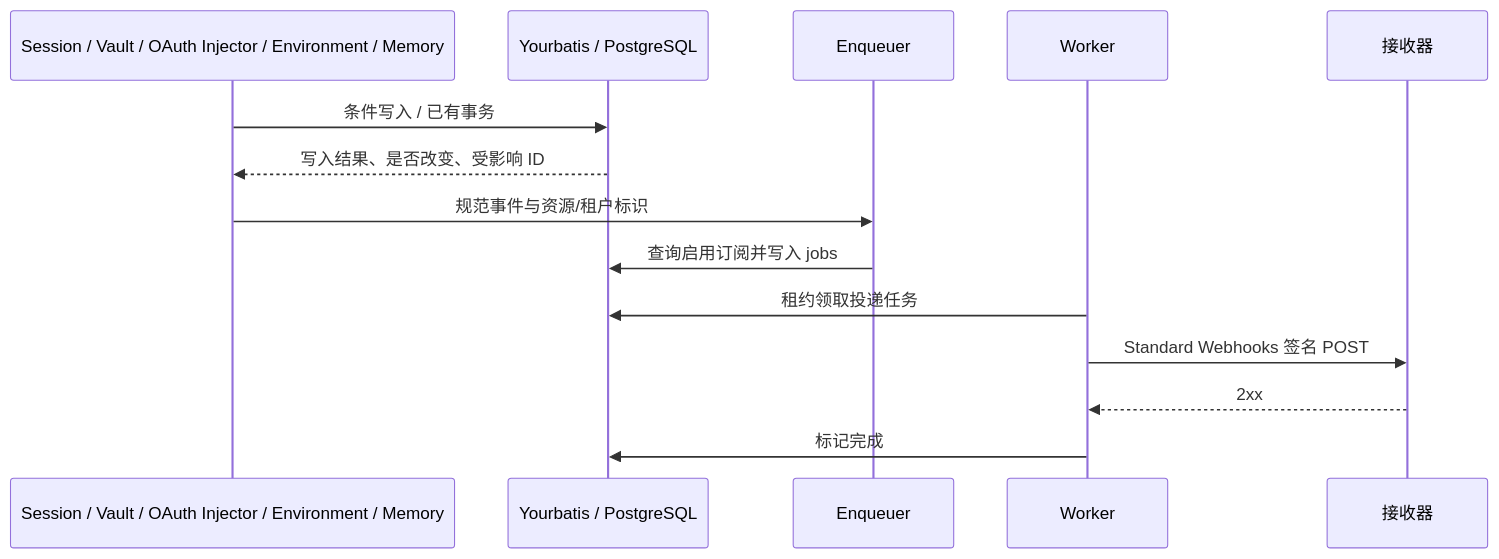
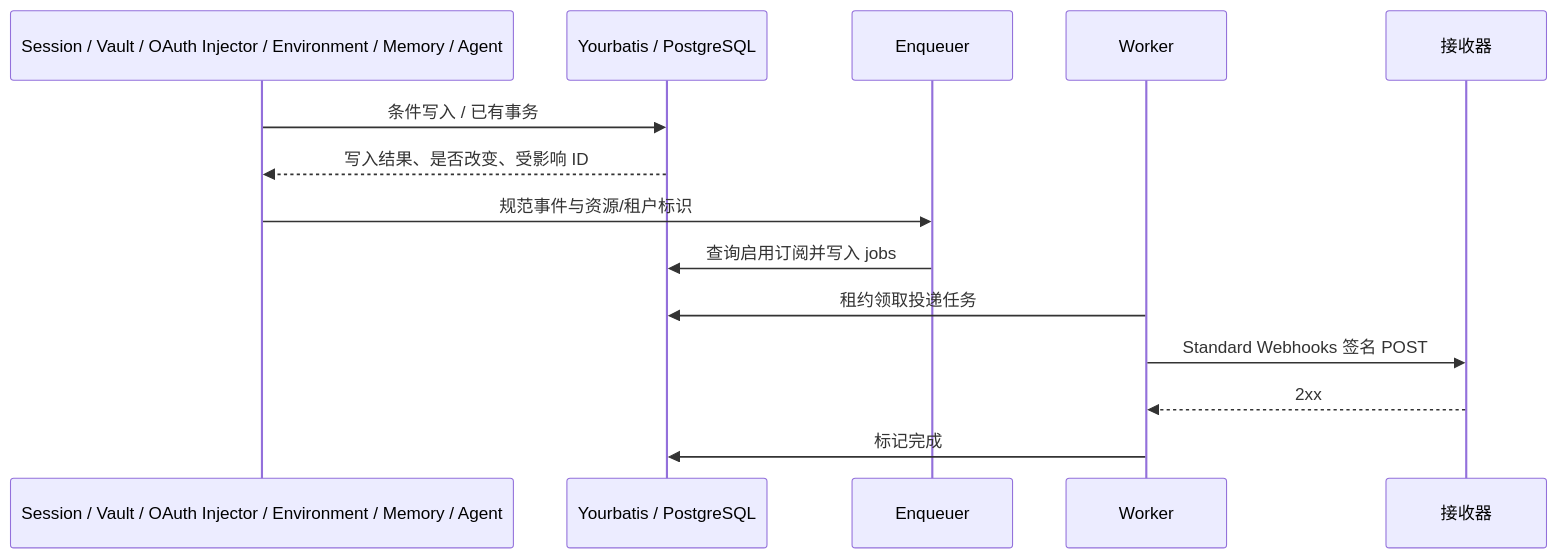
Before and after one commit to superduck-ai/open-managed-agents: the third of 5 diagrams in docs/design/webhook-subscriptions.md, drawn with Mermaid. The commit also changed other lines of this file and 20 other files, not shown here.

````diff
--- a/docs/design/webhook-subscriptions.md
+++ b/docs/design/webhook-subscriptions.md
@@ -104,16 +104,16 @@
 ```mermaid
 sequenceDiagram
-    participant Resource as Session / Vault / OAuth Injector / Environment / Memory
+    participant Resource as Session / Vault / OAuth Injector / Environment / Memory / Agent
     participant DB as Yourbatis / PostgreSQL
     participant Enqueuer
     participant Worker
     participant Receiver as 接收器
     Resource->>DB: 条件写入 / 已有事务
     DB-->>Resource: 写入结果、是否改变、受影响 ID
     Resource->>Enqueuer: 规范事件与资源/租户标识
     Enqueuer->>DB: 查询启用订阅并写入 jobs
     Worker->>DB: 租约领取投递任务
     Worker->>Receiver: Standard Webhooks 签名 POST
     Receiver-->>Worker: 2xx
     Worker->>DB: 标记完成
 ```
````
